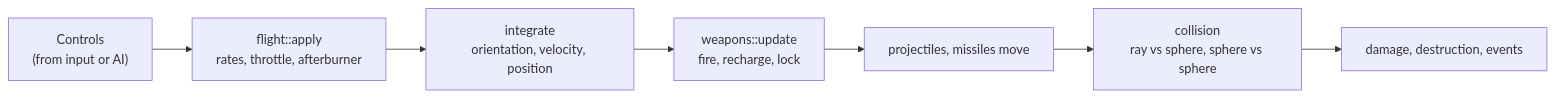
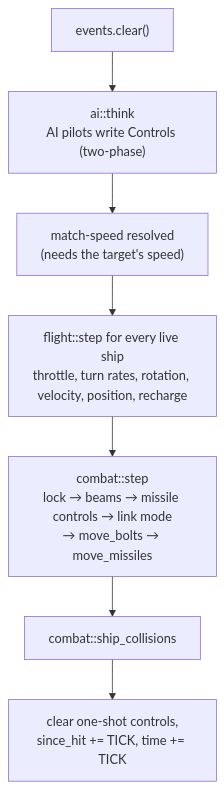
One commit to bbogovich/OpenInterceptor changed the diagram in docs/architecture/sim.md. Above: the diagram before and after it, drawn with Mermaid. The commit also changed other lines of this file and 48 other files, not shown here.

````diff
--- a/docs/architecture/sim.md
+++ b/docs/architecture/sim.md
@@ -8,9 +12,9 @@
 ```mermaid
-flowchart LR
-    C["Controls<br/>(from input or AI)"] --> F["flight::apply<br/>rates, throttle, afterburner"]
-    F --> K["integrate<br/>orientation, velocity, position"]
-    K --> WE["weapons::update<br/>fire, recharge, lock"]
-    WE --> P["projectiles, missiles move"]
-    P --> CO["collision<br/>ray vs sphere, sphere vs sphere"]
-    CO --> D["damage, destruction, events"]
+flowchart TD
+    A["events.clear()"] --> B["ai::think<br/>AI pilots write Controls (two-phase)"]
+    B --> C["match-speed resolved<br/>(needs the target's speed)"]
+    C --> D["flight::step for every live ship<br/>throttle, turn rates, rotation, velocity, position, recharge"]
+    D --> E["combat::step<br/>lock → beams → missile controls → link mode<br/>→ move_bolts → move_missiles"]
+    E --> F["combat::ship_collisions"]
+    F --> G["clear one-shot controls,<br/>since_hit += TICK, time += TICK"]
 ```
````
